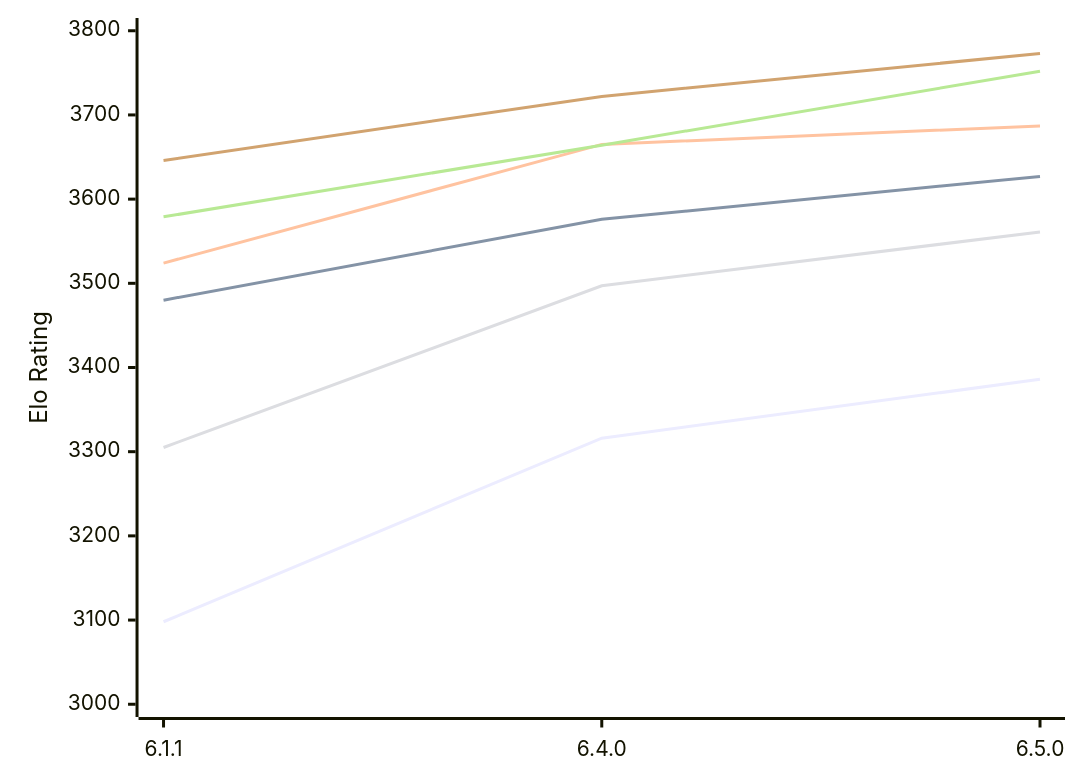
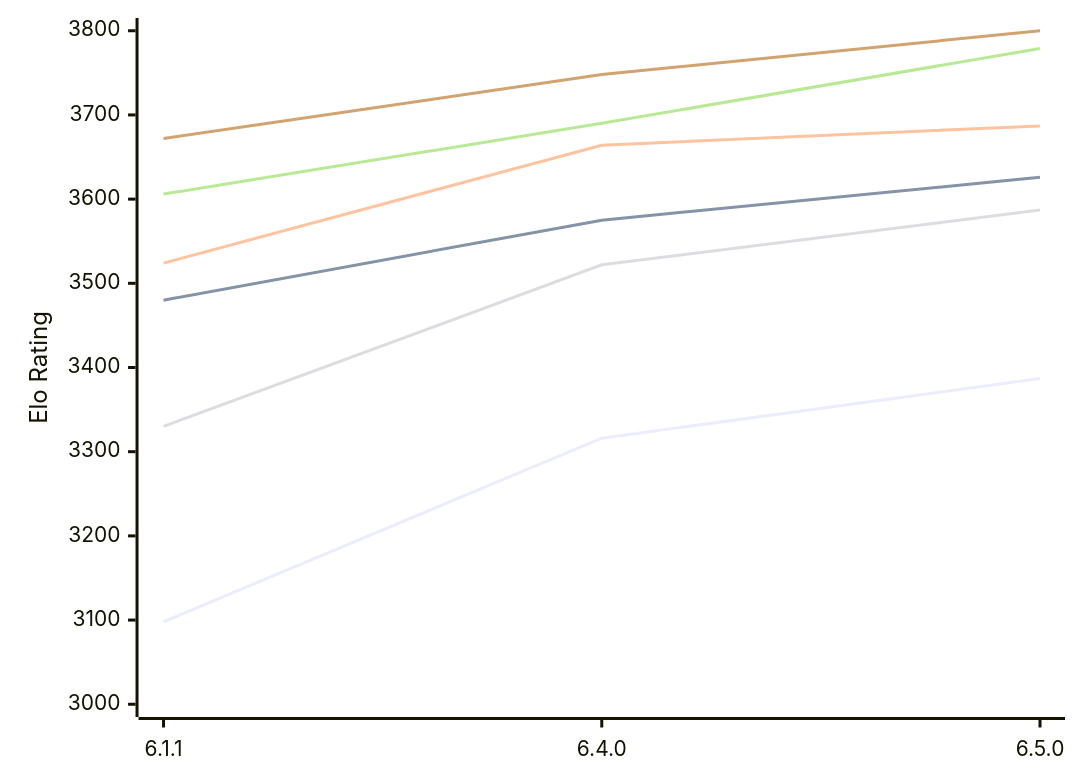
The first of 2 diagrams in engines/Zigqueen.md (computer-chess-index/cci), drawn with Mermaid before and after one commit. The commit also changed other lines of this file, not shown here.

Commit message:
Update CCI Ratings (ELO VLTC) - 2026-11-04

````diff
--- a/engines/Zigqueen.md
+++ b/engines/Zigqueen.md
@@ -55,12 +55,12 @@
 ```mermaid
 %%{init: {"theme":"base","themeVariables":{"seriesColors:['#a3a3a3','#222221','#faa371']}}}%%
 xychart-beta
   x-axis ["6.1.1", "6.4.0", "6.5.0"]
   y-axis "Elo Rating" 3000 --> 3800
-  line "E1: STC (8.0+0.08s)" [3098, 3316, 3386]
-  line "E1: LTC (60.0+0.60s)" [3480, 3576, 3627]
-  line "E1: VLTC (2m24s+1.12s)" [3524, 3665, 3687]
-  line "P1: STC (8.0+0.08s)" [3305, 3497, 3561]
-  line "P1: LTC (60.0+0.60s)" [3579, 3664, 3752]
-  line "P1: VLTC (2m24s+1.12s)" [3646, 3722, 3773]
+  line "E1: STC (8.0+0.08s)" [3098, 3316, 3387]
+  line "E1: LTC (60.0+0.60s)" [3480, 3575, 3626]
+  line "E1: VLTC (2m24s+1.12s)" [3524, 3664, 3687]
+  line "P1: STC (8.0+0.08s)" [3330, 3522, 3587]
+  line "P1: LTC (60.0+0.60s)" [3606, 3690, 3779]
+  line "P1: VLTC (2m24s+1.12s)" [3672, 3748, 3800]
 ```
````
